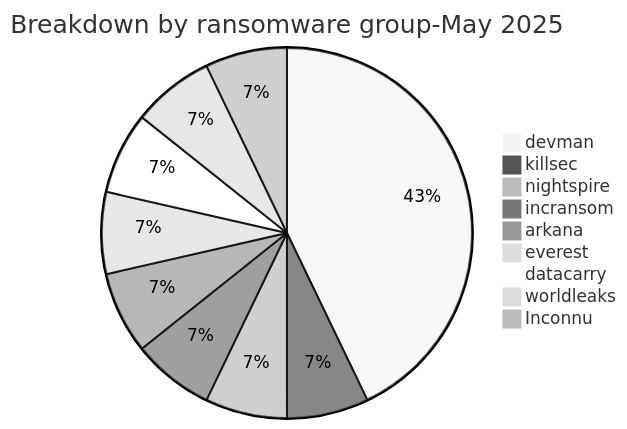
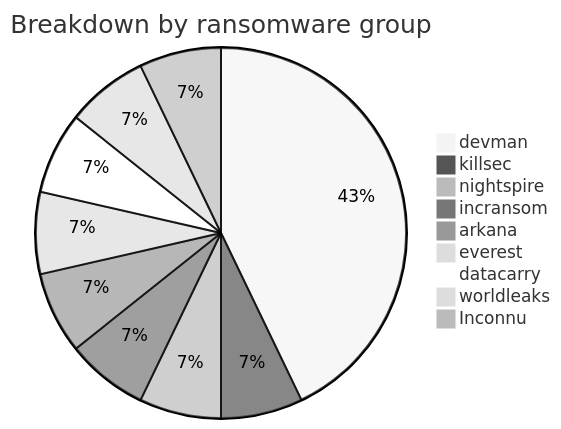
Before and after one commit to Hatchepsoute/AFRINTEL: the first of 4 diagrams in reports/2025/05-may/README.md, drawn with Mermaid (neutral theme). The commit also changed other lines of this file and 1 other file, not shown here.

Commit message:
Rapport CTI : Cyberattaques en Afrique Mai 2025

````diff
--- a/reports/2025/05-may/README.md
+++ b/reports/2025/05-may/README.md
@@ -32,12 +32,12 @@
 ```mermaid
-pie title Breakdown by ransomware group-May 2025
+pie title Breakdown by ransomware group
     "devman" : 6
     "killsec" : 1
     "nightspire" : 1
     "incransom" : 1
     "arkana" : 1
     "everest" : 1
     "datacarry" : 1
     "worldleaks" : 1
     "Inconnu" : 1
 ```
````
